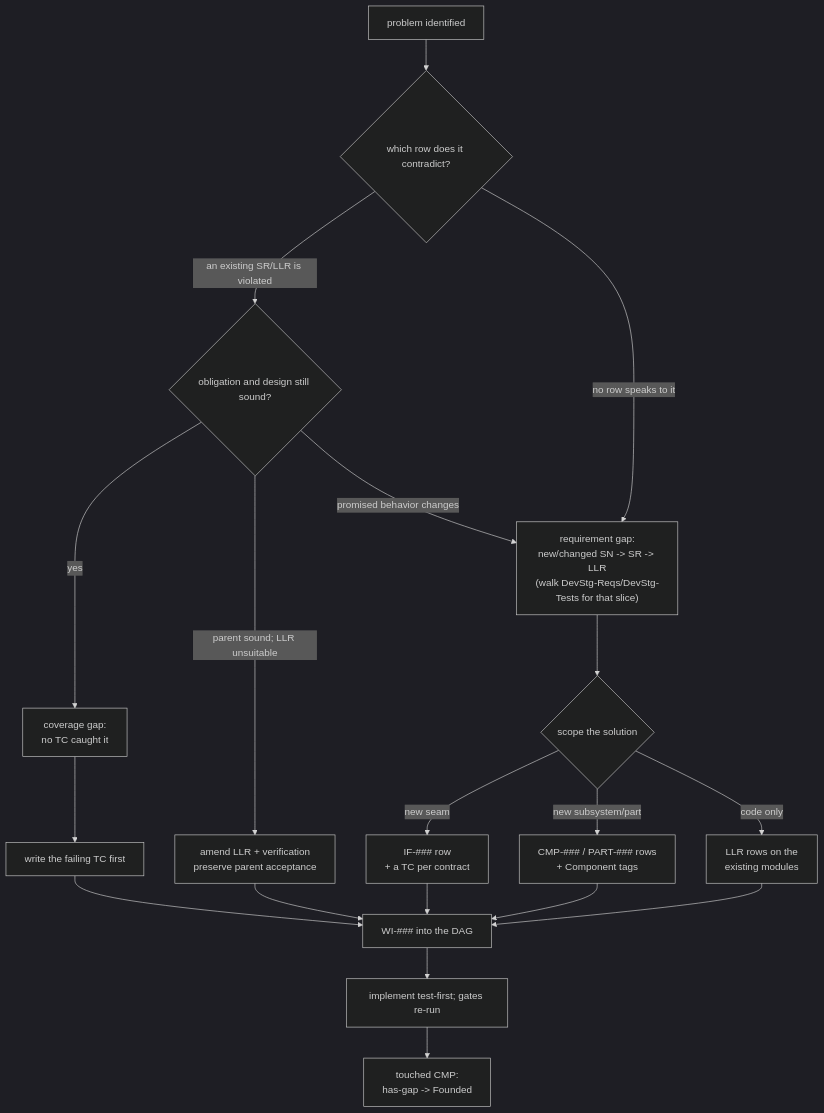
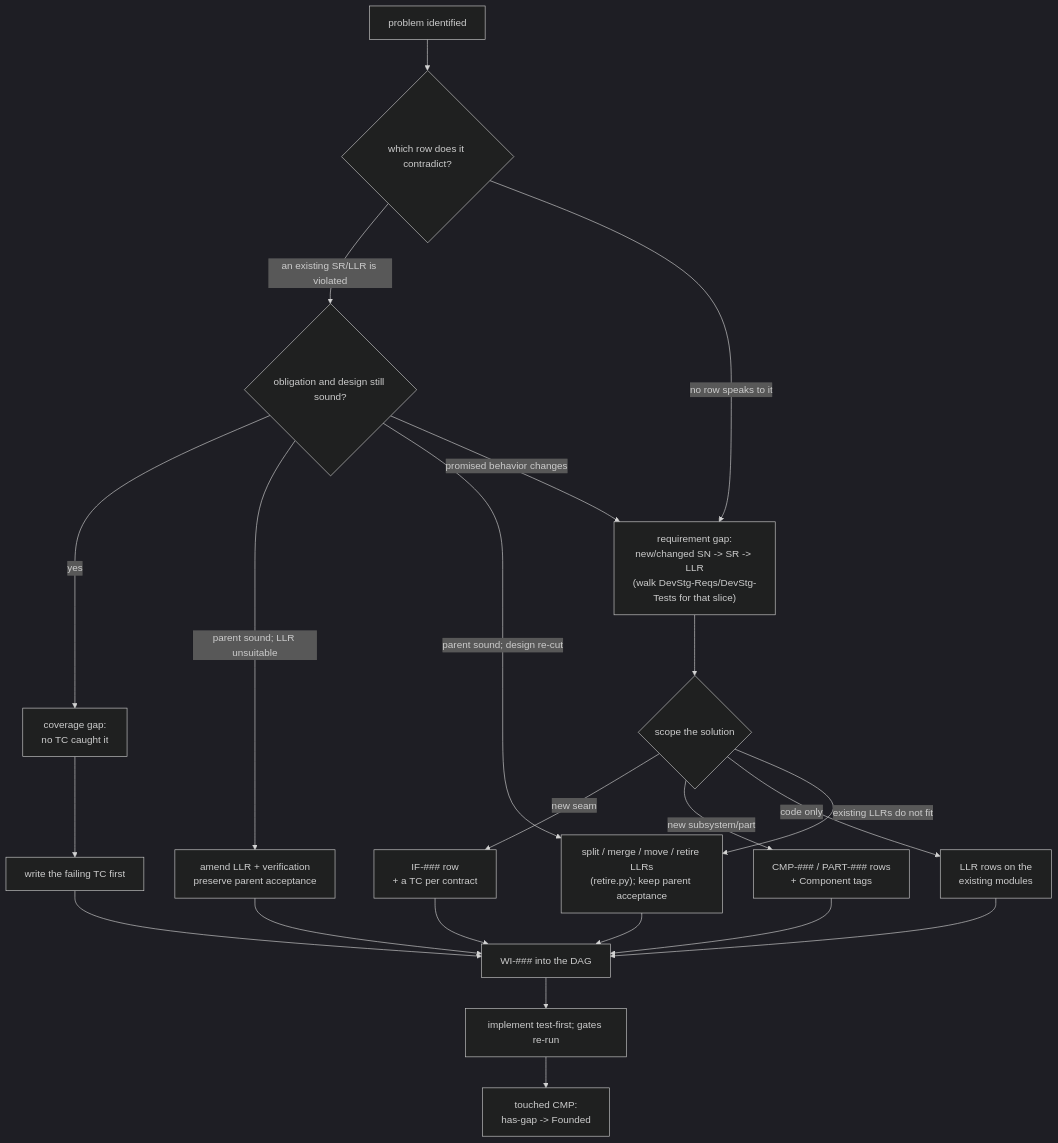
Before and after one commit to diytechy/ai-template: the diagram in project-trajectory/PROCESS.md, drawn with Mermaid (dark theme). The commit also changed other lines of this file and 23 other files, not shown here.

````diff
--- a/project-trajectory/PROCESS.md
+++ b/project-trajectory/PROCESS.md
@@ -1000,21 +1000,24 @@
 ```mermaid
 flowchart TD
   P["problem identified"] --> C{"which row does it contradict?"}
   C -->|"an existing SR/LLR is violated"| D{"obligation and design still sound?"}
   D -->|"yes"| TG["coverage gap:\nno TC caught it"]
   D -->|"parent sound; LLR unsuitable"| DR["amend LLR + verification\npreserve parent acceptance"]
+  D -->|"parent sound; design re-cut"| RD["split / merge / move / retire LLRs\n(retire.py); keep parent acceptance"]
   D -->|"promised behavior changes"| RG
   C -->|"no row speaks to it"| RG["requirement gap:\nnew/changed SN -> SR -> LLR\n(walk DevStg-Reqs/DevStg-Tests for that slice)"]
   TG --> T1["write the failing TC first"]
   RG --> S{"scope the solution"}
   S -->|"new seam"| I2["IF-### row\n+ a TC per contract"]
   S -->|"new subsystem/part"| C2["CMP-### / PART-### rows\n+ Component tags"]
   S -->|"code only"| L2["LLR rows on the\nexisting modules"]
+  S -->|"existing LLRs do not fit"| RD
   I2 --> W["WI-### into the DAG"]
   C2 --> W
   L2 --> W
   T1 --> W
   DR --> W
+  RD --> W
   W --> G["implement test-first; gates re-run"]
   G --> V["touched CMP:\nhas-gap -> Founded"]
 ```
````
